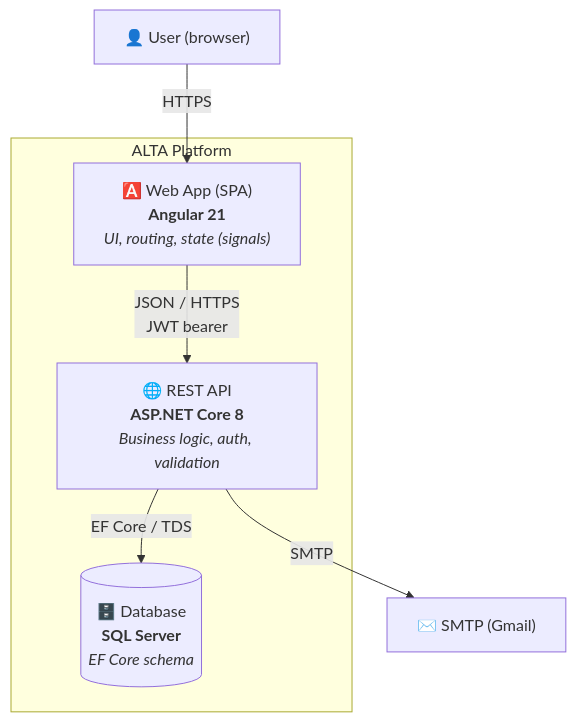
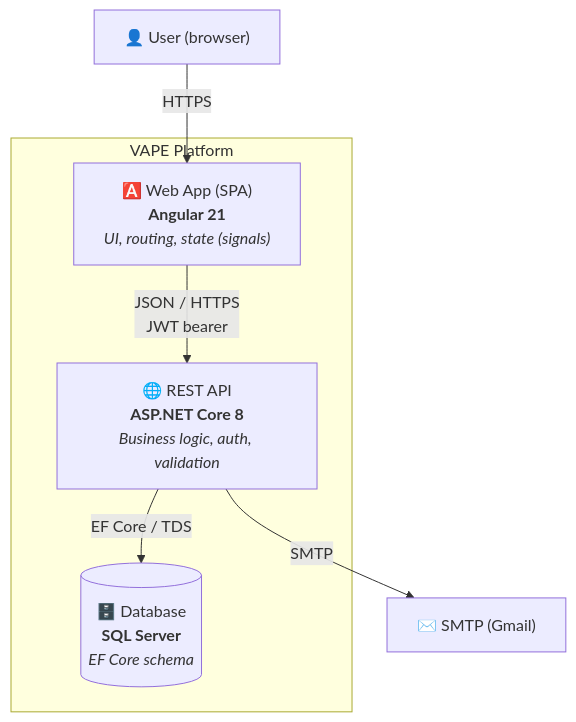
One commit to Redened/ITStepFinal changed the second of 5 diagrams in ARCHITECTURE-C4.md. Above: the diagram before and after it, drawn with Mermaid. The commit also changed other lines of this file and 434 other files, not shown here.

````diff
--- a/ARCHITECTURE-C4.md
+++ b/ARCHITECTURE-C4.md
@@ -49,17 +49,17 @@
 ```mermaid
 graph TD
     user["👤 User (browser)"]
 
-    subgraph platform["ALTA Platform"]
+    subgraph platform["VAPE Platform"]
         spa["🅰️ Web App (SPA)<br/><b>Angular 21</b><br/><i>UI, routing, state (signals)</i>"]
         api["🌐 REST API<br/><b>ASP.NET Core 8</b><br/><i>Business logic, auth, validation</i>"]
         db[("🗄️ Database<br/><b>SQL Server</b><br/><i>EF Core schema</i>")]
     end
 
     smtp["✉️ SMTP (Gmail)"]
 
     user -->|"HTTPS"| spa
     spa -->|"JSON / HTTPS<br/>JWT bearer"| api
     api -->|"EF Core / TDS"| db
     api -->|"SMTP"| smtp
 ```
````
